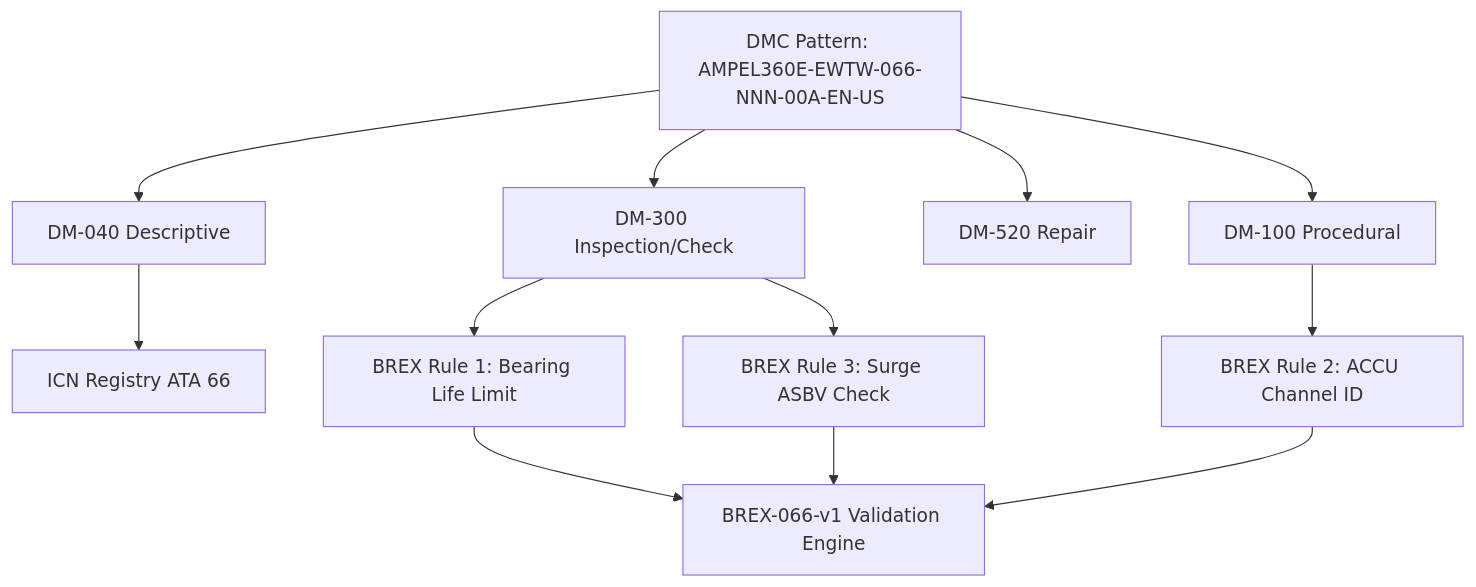
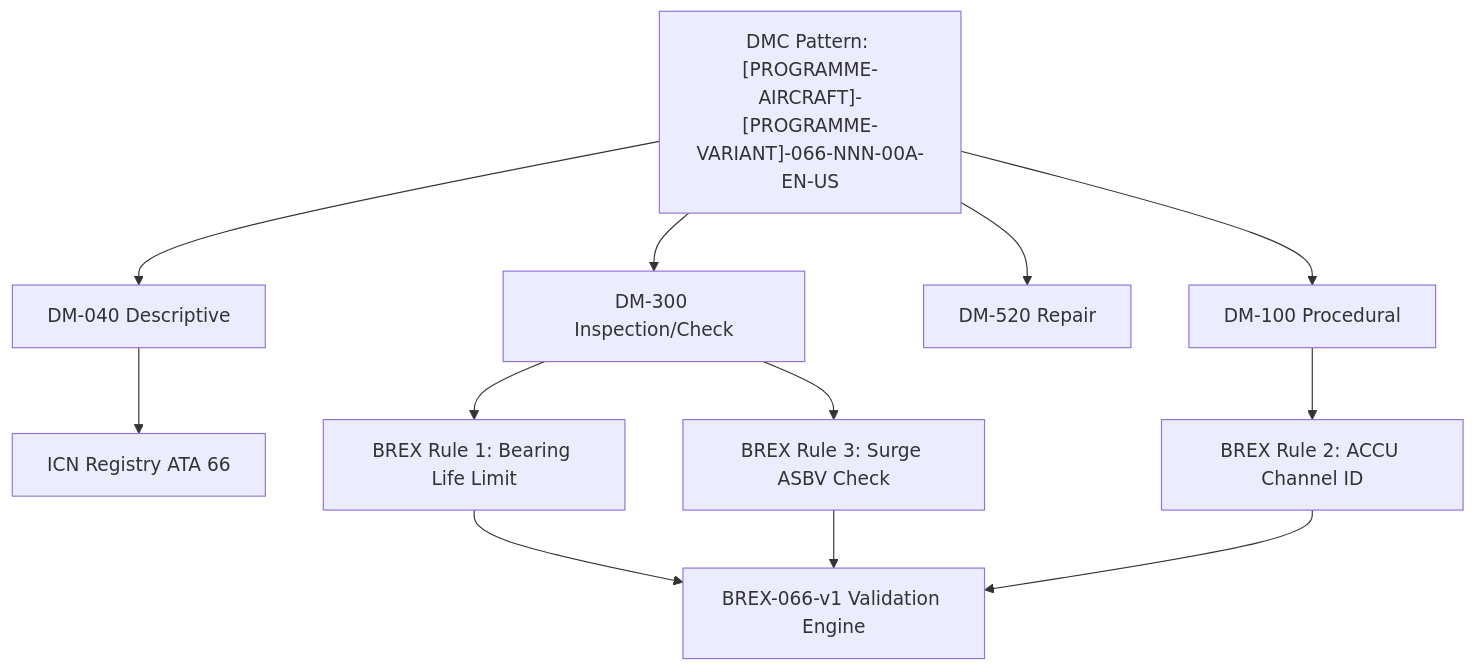
Before and after one commit to AmedeoPelliccia/Qplus-For-All-Queer-People-and-Quantum: the second of 2 diagrams in Q+ATLANTIDE/000-099_ATLAS/060-069_Propulsion-Tradicional/066_Air-Compressor/066-090-S1000D-CSDB-Mapping-and-Traceability.md, drawn with Mermaid. The commit also changed other lines of this file and 676 other files, not shown here.

First line of the commit message:
feat: de-programmatize all ATLAS standard files — remove AMPEL360E/eWTW programme content

````diff
--- a/Q+ATLANTIDE/000-099_ATLAS/060-069_Propulsion-Tradicional/066_Air-Compressor/066-090-S1000D-CSDB-Mapping-and-Traceability.md
+++ b/Q+ATLANTIDE/000-099_ATLAS/060-069_Propulsion-Tradicional/066_Air-Compressor/066-090-S1000D-CSDB-Mapping-and-Traceability.md
@@ -103,12 +102,12 @@
 ```mermaid
 flowchart TB
-    DMC_PATTERN["DMC Pattern: AMPEL360E-EWTW-066-NNN-00A-EN-US"] --> DM_040[DM-040 Descriptive]
+    DMC_PATTERN["DMC Pattern: [PROGRAMME-AIRCRAFT]-[PROGRAMME-VARIANT]-066-NNN-00A-EN-US"] --> DM_040[DM-040 Descriptive]
     DMC_PATTERN --> DM_300[DM-300 Inspection/Check]
     DMC_PATTERN --> DM_520[DM-520 Repair]
     DMC_PATTERN --> DM_100[DM-100 Procedural]
     DM_040 --> ICN_REG[ICN Registry ATA 66]
     DM_300 --> BRG_RULE[BREX Rule 1: Bearing Life Limit]
     DM_300 --> SURGE_RULE[BREX Rule 3: Surge ASBV Check]
     DM_100 --> CH_RULE[BREX Rule 2: ACCU Channel ID]
     BRG_RULE & SURGE_RULE & CH_RULE --> BREX_ENGINE[BREX-066-v1 Validation Engine]
 ```
````
